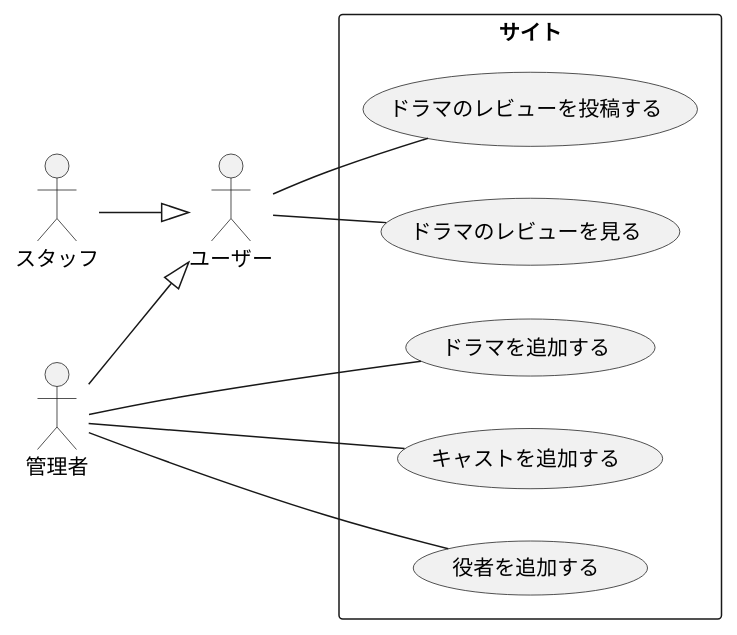
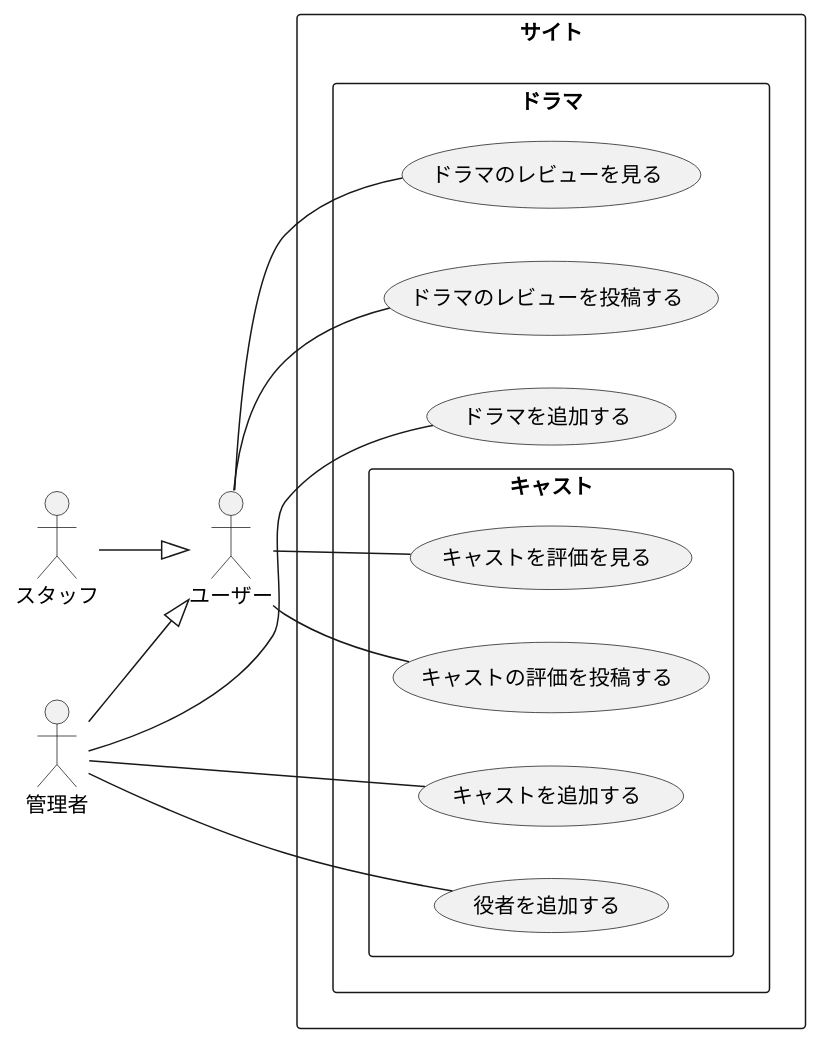
Before and after one commit to mediascience-gk/dramafam-by-nest-next: the diagram in docs/usecase-diagram.md, drawn with PlantUML.

Commit message:
Modified usecase diagram

````diff
--- a/docs/usecase-diagram.md
+++ b/docs/usecase-diagram.md
@@ -1,21 +1,29 @@
 ```plantuml
 @startuml
 left to right direction
 actor "ユーザー" as user
 actor "管理者" as admin
 actor "スタッフ" as staff
 rectangle サイト {
-    usecase (ドラマを追加する) as addDrama
-    usecase (キャストを追加する) as addCast
-    usecase (役者を追加する) as addActor
-    usecase (ドラマのレビューを見る) as showDramaReview
-    usecase (ドラマのレビューを投稿する) as postDramaReview
+    rectangle ドラマ {
+        usecase (ドラマを追加する) as addDrama
+        usecase (ドラマのレビューを見る) as showDramaReview
+        usecase (ドラマのレビューを投稿する) as postDramaReview
+        rectangle キャスト {
+            usecase (キャストを評価を見る) as showCastReputation
+            usecase (キャストを追加する) as addCast
+            usecase (キャストの評価を投稿する) as addCastReputation
+            usecase (役者を追加する) as addActor
+        }
+    }
 }
 user -- showDramaReview
 user -- postDramaReview
+user -- showCastReputation
+user -- addCastReputation
 admin -- addDrama
 admin -- addCast
 admin -- addActor
 admin --|> user
 staff --|> user
 ```
````
